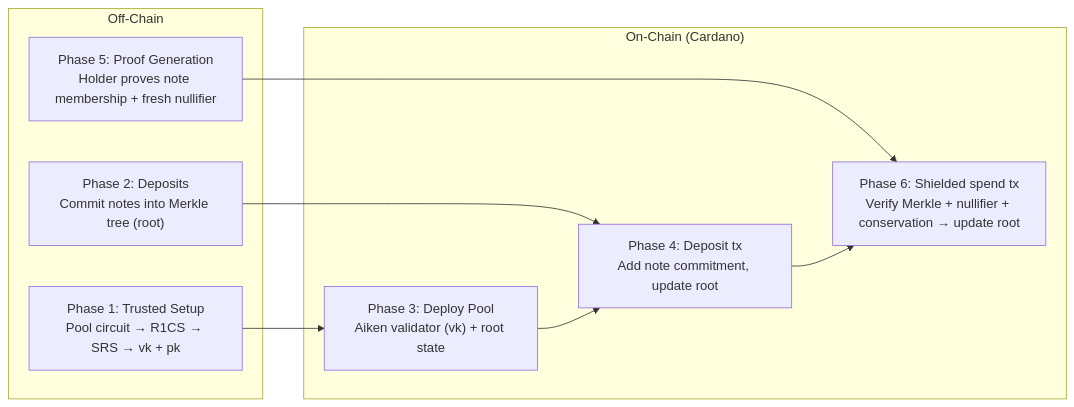
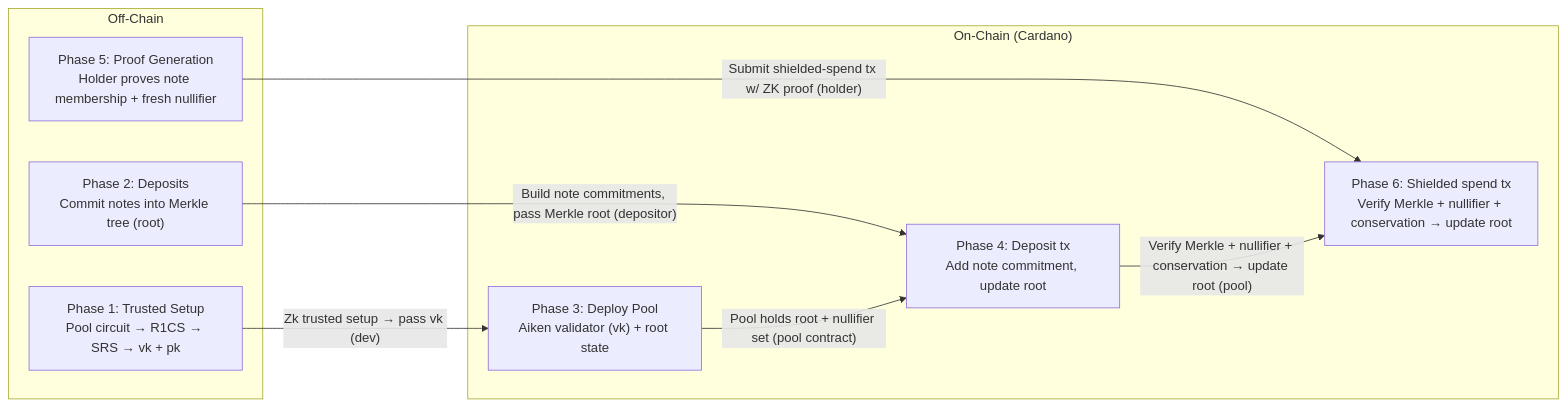
One commit to cardano-foundation/bls changed the third of 4 diagrams in aiken/selective-disclosure/README.md. Above: the diagram before and after it, drawn with Mermaid. The commit also changed other lines of this file, not shown here.

Commit message:
Annotate mermaid transitions with reason, actor, ZK activity, and tx submission

````diff
--- a/aiken/selective-disclosure/README.md
+++ b/aiken/selective-disclosure/README.md
@@ -577,18 +577,18 @@
 ```mermaid
 graph LR
     subgraph OffChain["Off-Chain"]
         P1["Phase 1: Trusted Setup<br/>Pool circuit → R1CS → SRS → vk + pk"]
         P2["Phase 2: Deposits<br/>Commit notes into Merkle tree (root)"]
         P5["Phase 5: Proof Generation<br/>Holder proves note membership + fresh nullifier"]
     end
     subgraph OnChain["On-Chain (Cardano)"]
         P3["Phase 3: Deploy Pool<br/>Aiken validator (vk) + root state"]
         P4["Phase 4: Deposit tx<br/>Add note commitment, update root"]
         P6["Phase 6: Shielded spend tx<br/>Verify Merkle + nullifier + conservation → update root"]
     end
-    P1 --> P3
-    P2 --> P4
-    P3 --> P4
-    P5 --> P6
-    P4 --> P6
+    P1 -->|"Zk trusted setup → pass vk (dev)"| P3
+    P2 -->|"Build note commitments, pass Merkle root (depositor)"| P4
+    P3 -->|"Pool holds root + nullifier set (pool contract)"| P4
+    P5 -->|"Submit shielded-spend tx w/ ZK proof (holder)"| P6
+    P4 -->|"Verify Merkle + nullifier + conservation → update root (pool)"| P6
 ```
````
